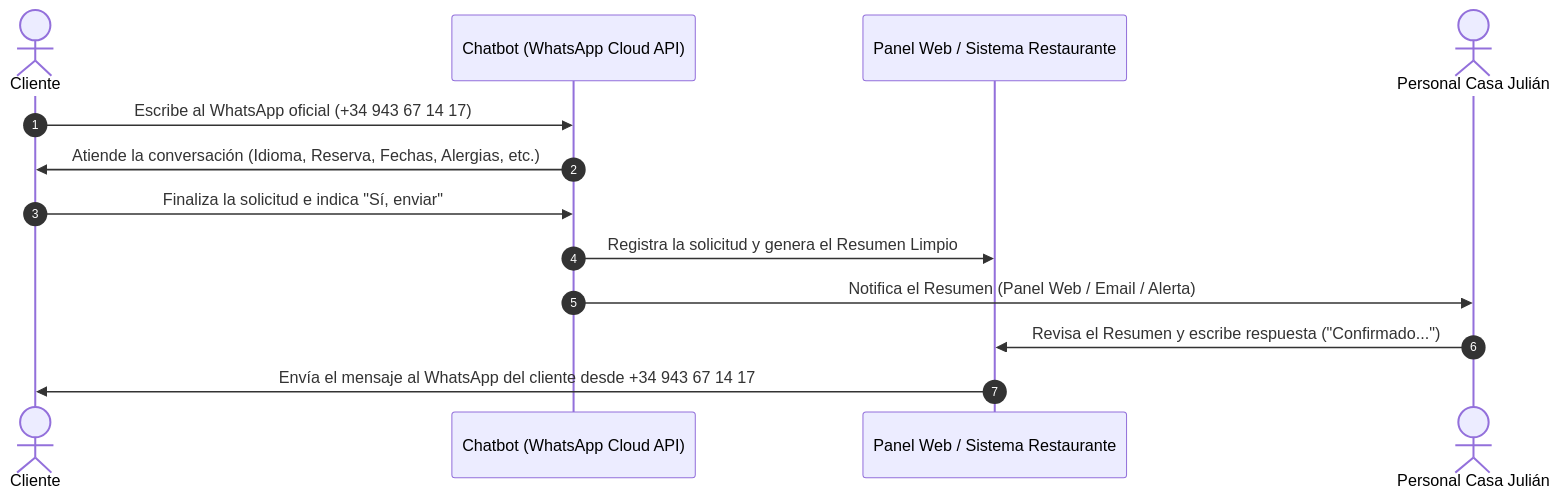
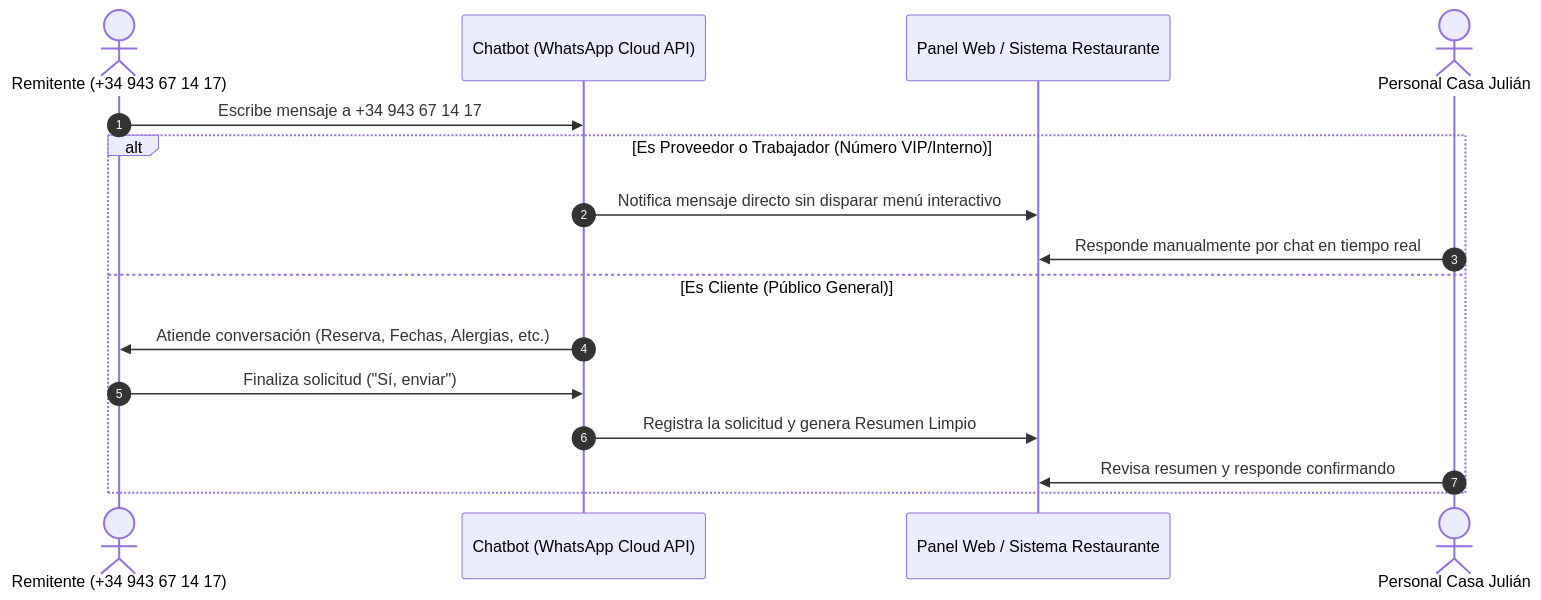
The diagram in documentos/produccion_atencion_humana_whatsapp.md (AnderUrienGoierri/casa-julian-whatsapp), drawn with Mermaid before and after one commit. The commit also changed other lines of this file, not shown here.

Commit message:
Documentacion: Anadir seccion de coexistencia para proveedores y personal en produccion

````diff
--- a/documentos/produccion_atencion_humana_whatsapp.md
+++ b/documentos/produccion_atencion_humana_whatsapp.md
@@ -13,16 +15,19 @@
 ```mermaid
 sequenceDiagram
     autonumber
-    actor Cliente
+    actor Emisor as Remitente (+34 943 67 14 17)
     participant Chatbot as Chatbot (WhatsApp Cloud API)
     participant Panel as Panel Web / Sistema Restaurante
     actor Personal as Personal Casa Julián
 
-    Cliente->>Chatbot: Escribe al WhatsApp oficial (+34 943 67 14 17)
-    Chatbot->>Cliente: Atiende la conversación (Idioma, Reserva, Fechas, Alergias, etc.)
-    Cliente->>Chatbot: Finaliza la solicitud e indica "Sí, enviar"
-    Chatbot->>Panel: Registra la solicitud y genera el Resumen Limpio
-    Chatbot->>Personal: Notifica el Resumen (Panel Web / Email / Alerta)
-    Personal->>Panel: Revisa el Resumen y escribe respuesta ("Confirmado...")
-    Panel->>Cliente: Envía el mensaje al WhatsApp del cliente desde +34 943 67 14 17
+    Emisor->>Chatbot: Escribe mensaje a +34 943 67 14 17
+    alt Es Proveedor o Trabajador (Número VIP/Interno)
+        Chatbot->>Panel: Notifica mensaje directo sin disparar menú interactivo
+        Personal->>Panel: Responde manualmente por chat en tiempo real
+    else Es Cliente (Público General)
+        Chatbot->>Emisor: Atiende conversación (Reserva, Fechas, Alergias, etc.)
+        Emisor->>Chatbot: Finaliza solicitud ("Sí, enviar")
+        Chatbot->>Panel: Registra la solicitud y genera Resumen Limpio
+        Personal->>Panel: Revisa resumen y responde confirmando
+    end
 ```
````
